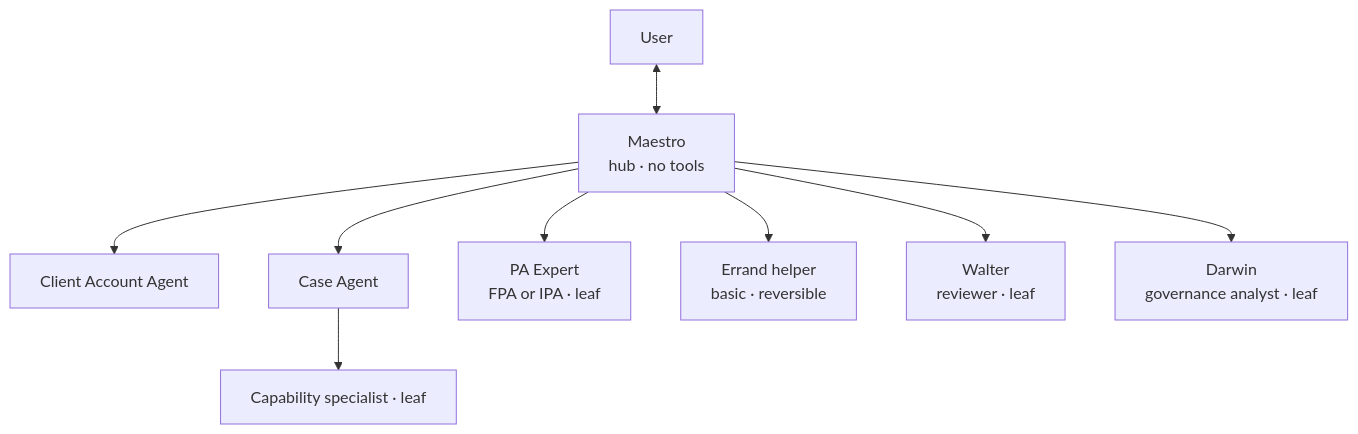
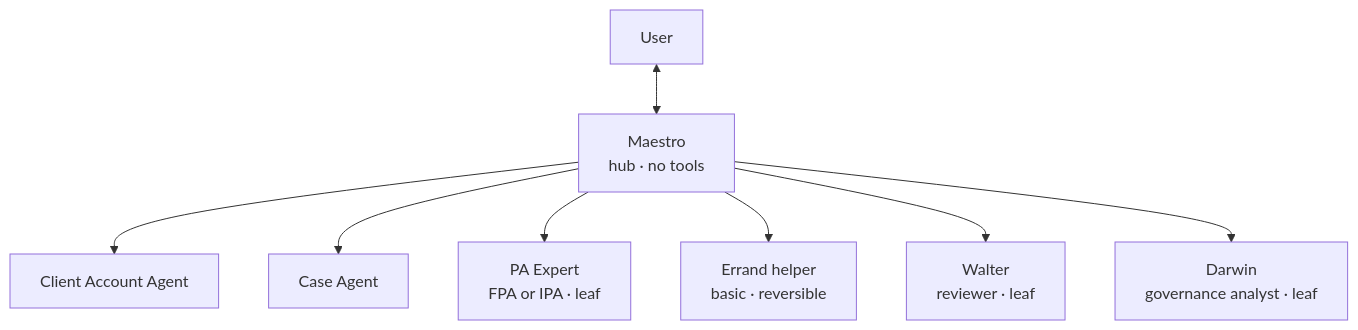
One commit to agentic-os-brasil/bcg-brasil-agentic-os changed the first of 3 diagrams in specs/018-maestro-core-agents.md. Above: the diagram before and after it, drawn with Mermaid. The commit also changed other lines of this file and 46 other files, not shown here.

Commit message:
feat(darwin): wire native maintenance and governed flow

````diff
--- a/specs/018-maestro-core-agents.md
+++ b/specs/018-maestro-core-agents.md
@@ -16,11 +16,10 @@
 ```mermaid
 flowchart TB
     User["User"] <--> Maestro["Maestro<br/>hub · no tools"]
     Maestro --> Account["Client Account Agent"]
     Maestro --> Case["Case Agent"]
     Maestro --> PAExpert["PA Expert<br/>FPA or IPA · leaf"]
     Maestro --> Errand["Errand helper<br/>basic · reversible"]
     Maestro --> Walter["Walter<br/>reviewer · leaf"]
     Maestro --> Darwin["Darwin<br/>governance analyst · leaf"]
-    Case --> CapabilityW["Capability specialist · leaf"]
 ```
````
